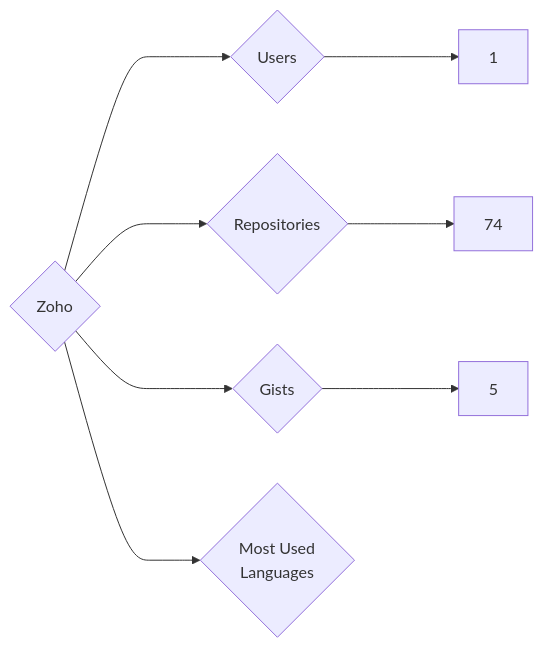
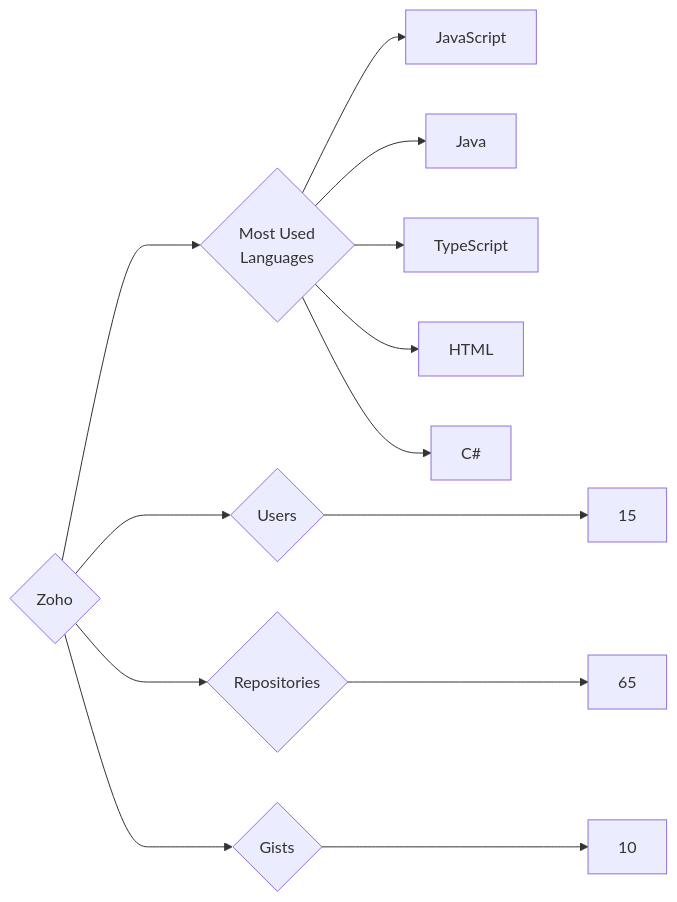
One commit to trickest/insiders changed the diagram in targets/Zoho/README.md. Above: the diagram before and after it, drawn with Mermaid. The commit also changed 973 other files, not shown here.

````diff
--- a/targets/Zoho/README.md
+++ b/targets/Zoho/README.md
@@ -3,8 +3,13 @@
 ```mermaid
 graph LR
 COMPANY_NAME{Zoho}
-COMPANY_NAME ---> U{Users} ---> UN[1]
-COMPANY_NAME ---> R{Repositories} ---> RN[74]
-COMPANY_NAME ---> G{Gists} ---> GN[5]
+COMPANY_NAME ---> U{Users} ---> UN[15]
+COMPANY_NAME ---> R{Repositories} ---> RN[65]
+COMPANY_NAME ---> G{Gists} ---> GN[10]
 COMPANY_NAME ---> ML{Most Used<br>Languages}
+ML --> JavaScript[JavaScript]
+ML --> Java[Java]
+ML --> TypeScript[TypeScript]
+ML --> HTML[HTML]
+ML --> C#[C#]
 ```
````
